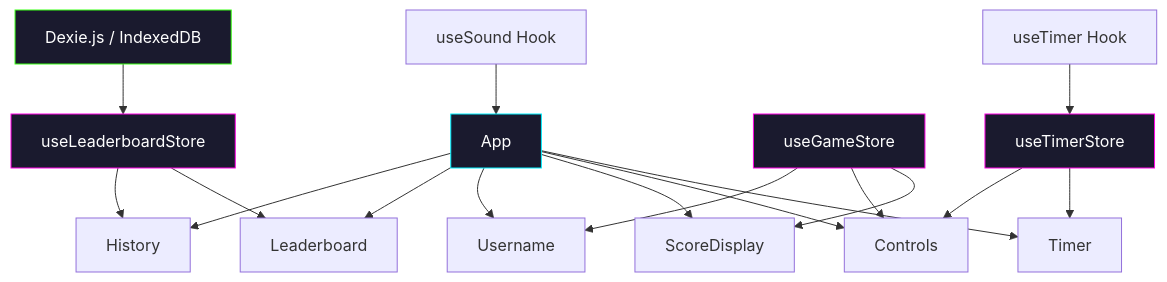
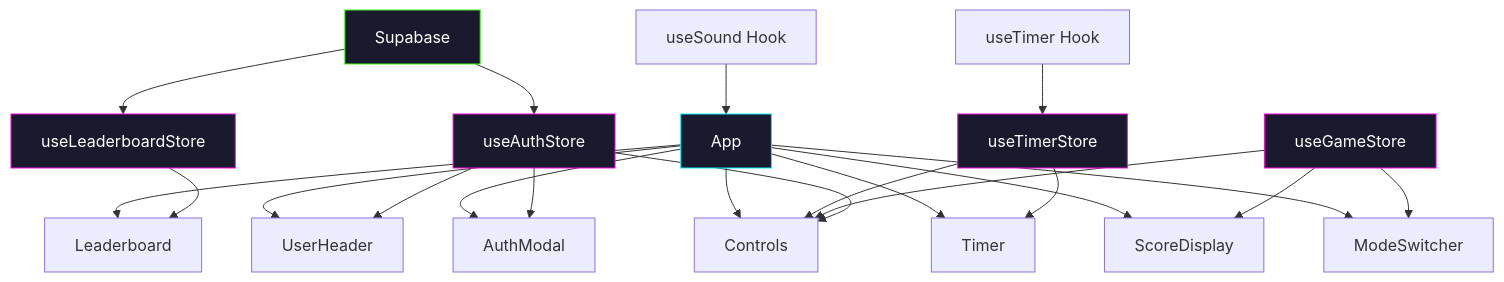
One commit to cwsanchez/stop-the-clock changed the diagram in README.md. Above: the diagram before and after it, drawn with Mermaid. The commit also changed other lines of this file and 21 other files, not shown here.

First line of the commit message:
feat: Supabase integration with auth, game modes, and leaderboards (#3)

````diff
--- a/README.md
+++ b/README.md
@@ -38,27 +62,32 @@
 ```mermaid
 graph TD
     A[App] --> B[Timer]
     A --> C[Controls]
     A --> D[ScoreDisplay]
-    A --> E[Username]
+    A --> E[UserHeader]
     A --> F[Leaderboard]
-    A --> G[History]
+    A --> G[ModeSwitcher]
+    A --> H[AuthModal]
 
-    H[useTimerStore] --> B
-    H --> C
-    I[useGameStore] --> D
+    I[useTimerStore] --> B
     I --> C
-    I --> E
-    J[useLeaderboardStore] --> F
+    J[useGameStore] --> D
+    J --> C
     J --> G
+    K[useLeaderboardStore] --> F
+    L[useAuthStore] --> E
+    L --> H
+    L --> C
 
-    K[Dexie.js / IndexedDB] --> J
-    L[useTimer Hook] --> H
-    M[useSound Hook] --> A
+    M[Supabase] --> K
+    M --> L
+    N[useTimer Hook] --> I
+    O[useSound Hook] --> A
 
     style A fill:#1a1a2e,stroke:#00f0ff,color:#fff
-    style K fill:#1a1a2e,stroke:#39ff14,color:#fff
-    style H fill:#1a1a2e,stroke:#ff00e5,color:#fff
+    style M fill:#1a1a2e,stroke:#39ff14,color:#fff
     style I fill:#1a1a2e,stroke:#ff00e5,color:#fff
     style J fill:#1a1a2e,stroke:#ff00e5,color:#fff
+    style K fill:#1a1a2e,stroke:#ff00e5,color:#fff
+    style L fill:#1a1a2e,stroke:#ff00e5,color:#fff
 ```
````
